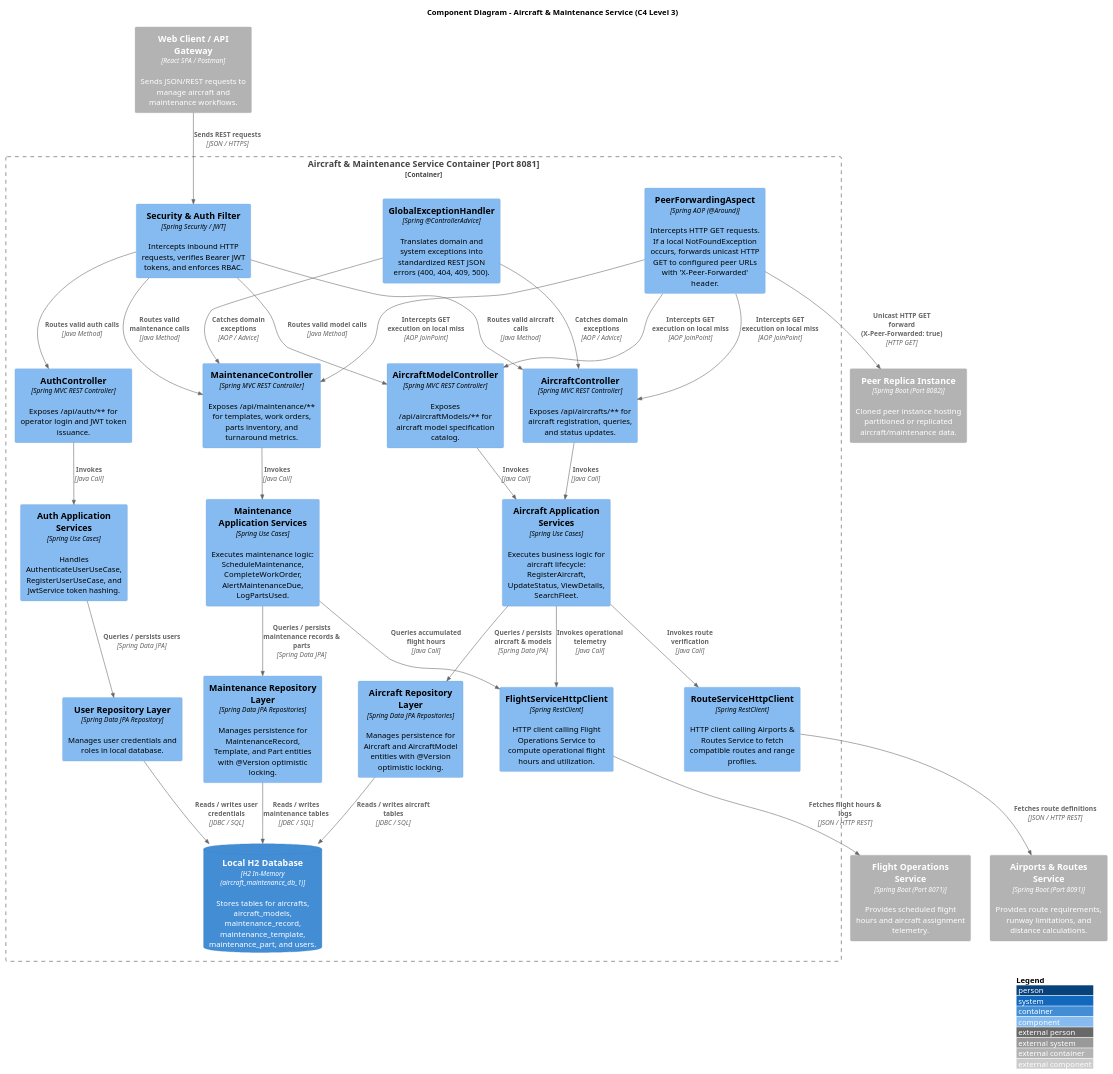
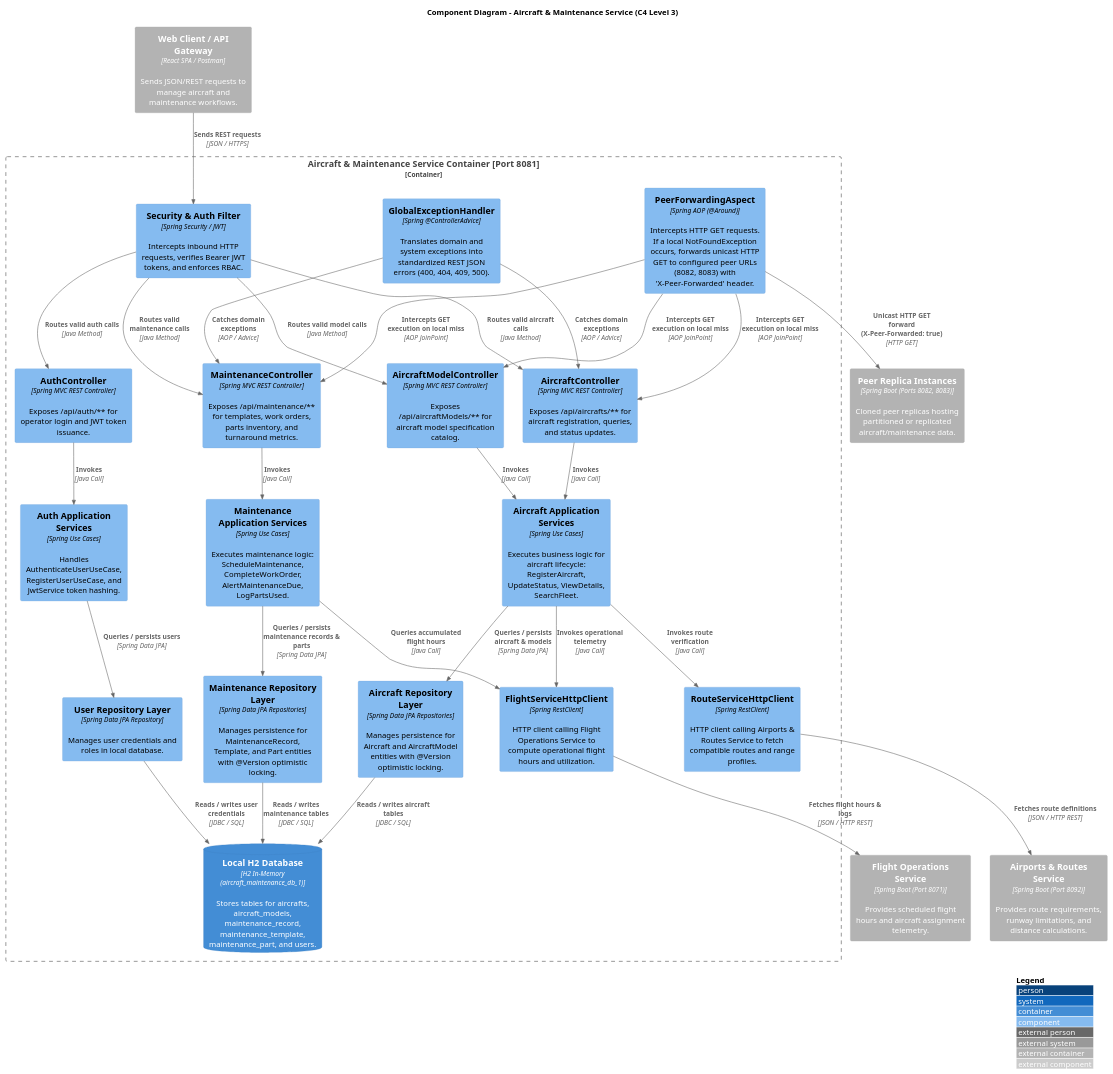
The diagram in design/diagrams/c4/_level3/_components.puml (pedroguilherme-web/SISDIS_5_2DB), drawn with PlantUML before and after one commit. The commit also changed 2 other files, not shown here.

Commit message:
docs(c4): update Level 1, 2, and 3 diagrams with 3-node P2P mesh and port 8092

```diff
--- a/design/diagrams/c4/_level3/_components.puml
+++ b/design/diagrams/c4/_level3/_components.puml
@@ -1,83 +1,83 @@
 @startuml _components
 !include <C4/C4_Component>
 
 ' Fallback includes for environments without local standard library
 '!include https://raw.githubusercontent.com/plantuml-stdlib/C4-PlantUML/master/C4_Component.puml
 
 LAYOUT_WITH_LEGEND()
 
 title Component Diagram - Aircraft & Maintenance Service (C4 Level 3)
 
 Container_Ext(spa, "Web Client / API Gateway", "React SPA / Postman", "Sends JSON/REST requests to manage aircraft and maintenance workflows.")
-Container_Ext(peer_instance, "Peer Replica Instance", "Spring Boot (Port 8082)", "Cloned peer instance hosting partitioned or replicated aircraft/maintenance data.")
+Container_Ext(peer_instance, "Peer Replica Instances", "Spring Boot (Ports 8082, 8083)", "Cloned peer replicas hosting partitioned or replicated aircraft/maintenance data.")
 Container_Ext(flight_service, "Flight Operations Service", "Spring Boot (Port 8071)", "Provides scheduled flight hours and aircraft assignment telemetry.")
-Container_Ext(route_service, "Airports & Routes Service", "Spring Boot (Port 8091)", "Provides route requirements, runway limitations, and distance calculations.")
+Container_Ext(route_service, "Airports & Routes Service", "Spring Boot (Port 8092)", "Provides route requirements, runway limitations, and distance calculations.")
 
 Container_Boundary(am_container, "Aircraft & Maintenance Service Container [Port 8081]") {
     
     Component(security_filter, "Security & Auth Filter", "Spring Security / JWT", "Intercepts inbound HTTP requests, verifies Bearer JWT tokens, and enforces RBAC.")
     
     Component(auth_ctrl, "AuthController", "Spring MVC REST Controller", "Exposes /api/auth/** for operator login and JWT token issuance.")
     Component(aircraft_ctrl, "AircraftController", "Spring MVC REST Controller", "Exposes /api/aircrafts/** for aircraft registration, queries, and status updates.")
     Component(model_ctrl, "AircraftModelController", "Spring MVC REST Controller", "Exposes /api/aircraftModels/** for aircraft model specification catalog.")
     Component(maint_ctrl, "MaintenanceController", "Spring MVC REST Controller", "Exposes /api/maintenance/** for templates, work orders, parts inventory, and turnaround metrics.")
 
-    Component(forwarding_aspect, "PeerForwardingAspect", "Spring AOP (@Around)", "Intercepts HTTP GET requests. If a local NotFoundException occurs, forwards unicast HTTP GET to configured peer URLs with 'X-Peer-Forwarded' header.")
+    Component(forwarding_aspect, "PeerForwardingAspect", "Spring AOP (@Around)", "Intercepts HTTP GET requests. If a local NotFoundException occurs, forwards unicast HTTP GET to configured peer URLs (8082, 8083) with 'X-Peer-Forwarded' header.")
 
     Component(aircraft_usecases, "Aircraft Application Services", "Spring Use Cases", "Executes business logic for aircraft lifecycle: RegisterAircraft, UpdateStatus, ViewDetails, SearchFleet.")
     Component(maint_usecases, "Maintenance Application Services", "Spring Use Cases", "Executes maintenance logic: ScheduleMaintenance, CompleteWorkOrder, AlertMaintenanceDue, LogPartsUsed.")
     Component(auth_usecases, "Auth Application Services", "Spring Use Cases", "Handles AuthenticateUserUseCase, RegisterUserUseCase, and JwtService token hashing.")
 
     Component(flight_client, "FlightServiceHttpClient", "Spring RestClient", "HTTP client calling Flight Operations Service to compute operational flight hours and utilization.")
     Component(route_client, "RouteServiceHttpClient", "Spring RestClient", "HTTP client calling Airports & Routes Service to fetch compatible routes and range profiles.")
 
     Component(aircraft_repo, "Aircraft Repository Layer", "Spring Data JPA Repositories", "Manages persistence for Aircraft and AircraftModel entities with @Version optimistic locking.")
     Component(maint_repo, "Maintenance Repository Layer", "Spring Data JPA Repositories", "Manages persistence for MaintenanceRecord, Template, and Part entities with @Version optimistic locking.")
     Component(user_repo, "User Repository Layer", "Spring Data JPA Repository", "Manages user credentials and roles in local database.")
 
     Component(ex_handler, "GlobalExceptionHandler", "Spring @ControllerAdvice", "Translates domain and system exceptions into standardized REST JSON errors (400, 404, 409, 500).")
 
     ContainerDb(local_db, "Local H2 Database", "H2 In-Memory (aircraft_maintenance_db_1)", "Stores tables for aircrafts, aircraft_models, maintenance_record, maintenance_template, maintenance_part, and users.")
 }
 
 ' External traffic
 Rel(spa, security_filter, "Sends REST requests", "JSON / HTTPS")
 Rel(security_filter, auth_ctrl, "Routes valid auth calls", "Java Method")
 Rel(security_filter, aircraft_ctrl, "Routes valid aircraft calls", "Java Method")
 Rel(security_filter, model_ctrl, "Routes valid model calls", "Java Method")
 Rel(security_filter, maint_ctrl, "Routes valid maintenance calls", "Java Method")
 
 ' AOP Aspect interception
 Rel(forwarding_aspect, aircraft_ctrl, "Intercepts GET execution on local miss", "AOP JoinPoint")
 Rel(forwarding_aspect, maint_ctrl, "Intercepts GET execution on local miss", "AOP JoinPoint")
 Rel(forwarding_aspect, model_ctrl, "Intercepts GET execution on local miss", "AOP JoinPoint")
 Rel(forwarding_aspect, peer_instance, "Unicast HTTP GET forward (X-Peer-Forwarded: true)", "HTTP GET")
 
 ' Controllers to Use Cases
 Rel(auth_ctrl, auth_usecases, "Invokes", "Java Call")
 Rel(aircraft_ctrl, aircraft_usecases, "Invokes", "Java Call")
 Rel(model_ctrl, aircraft_usecases, "Invokes", "Java Call")
 Rel(maint_ctrl, maint_usecases, "Invokes", "Java Call")
 
 ' Use Cases to Inter-Service HTTP Clients
 Rel(aircraft_usecases, flight_client, "Invokes operational telemetry", "Java Call")
 Rel(aircraft_usecases, route_client, "Invokes route verification", "Java Call")
 Rel(maint_usecases, flight_client, "Queries accumulated flight hours", "Java Call")
 Rel(flight_client, flight_service, "Fetches flight hours & logs", "JSON / HTTP REST")
 Rel(route_client, route_service, "Fetches route definitions", "JSON / HTTP REST")
 
 ' Use Cases to Repositories
 Rel(auth_usecases, user_repo, "Queries / persists users", "Spring Data JPA")
 Rel(aircraft_usecases, aircraft_repo, "Queries / persists aircraft & models", "Spring Data JPA")
 Rel(maint_usecases, maint_repo, "Queries / persists maintenance records & parts", "Spring Data JPA")
 
 ' Repositories to Local Database
 Rel(aircraft_repo, local_db, "Reads / writes aircraft tables", "JDBC / SQL")
 Rel(maint_repo, local_db, "Reads / writes maintenance tables", "JDBC / SQL")
 Rel(user_repo, local_db, "Reads / writes user credentials", "JDBC / SQL")
 
 ' Exception Handler
 Rel(ex_handler, aircraft_ctrl, "Catches domain exceptions", "AOP / Advice")
 Rel(ex_handler, maint_ctrl, "Catches domain exceptions", "AOP / Advice")
 
 @enduml
```
